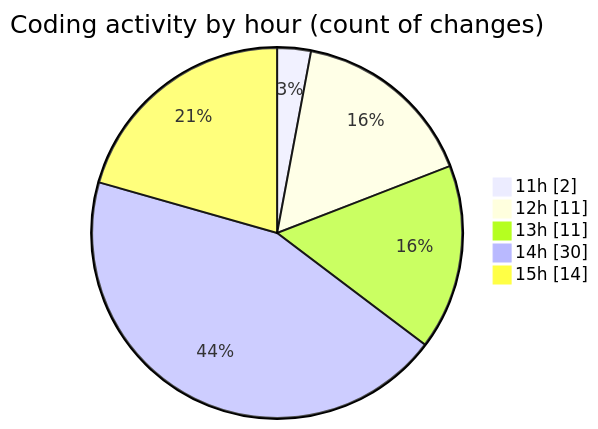
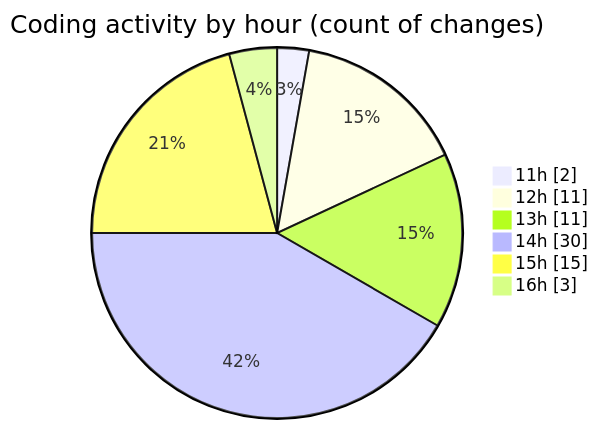
Before and after one commit to momahboobian/code-tracking: the second of 2 diagrams in 2025-04-04/cda/README.md, drawn with Mermaid. The commit also changed other lines of this file and 1 other file, not shown here.

````diff
--- a/2025-04-04/cda/README.md
+++ b/2025-04-04/cda/README.md
@@ -44,9 +45,10 @@
 ```mermaid
 pie showData
 title Coding activity by hour (count of changes)
 "11h" : 2
 "12h" : 11
 "13h" : 11
 "14h" : 30
-"15h" : 14
+"15h" : 15
+"16h" : 3
 ```
````
